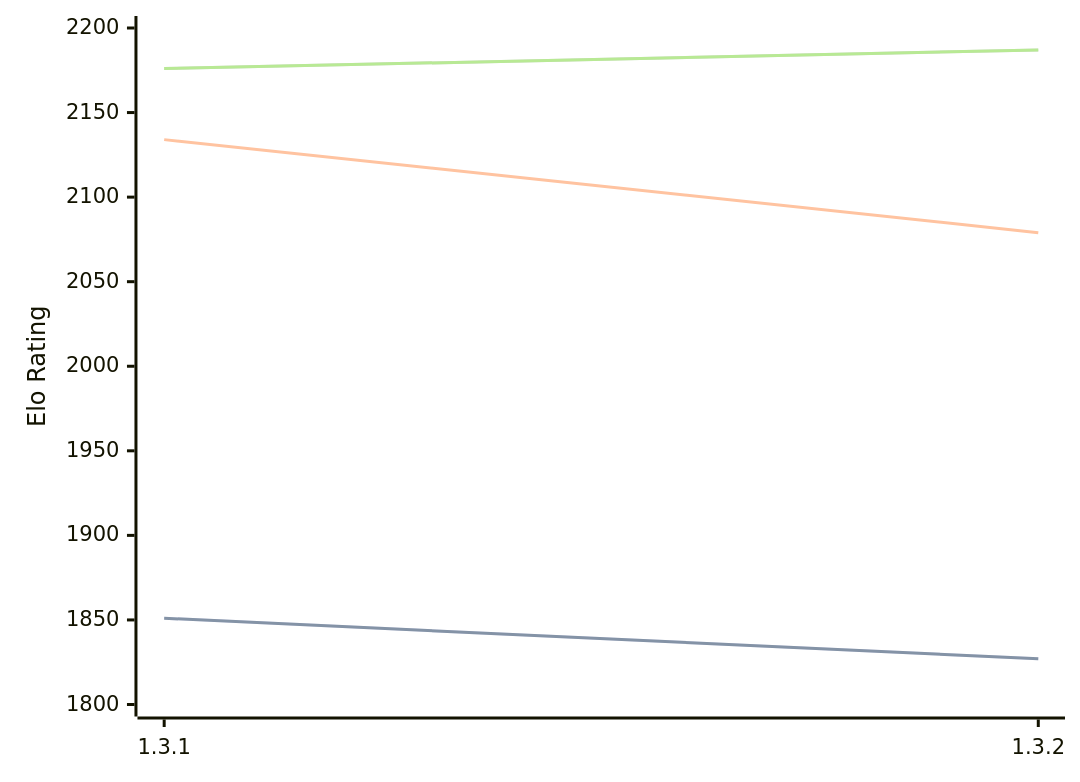
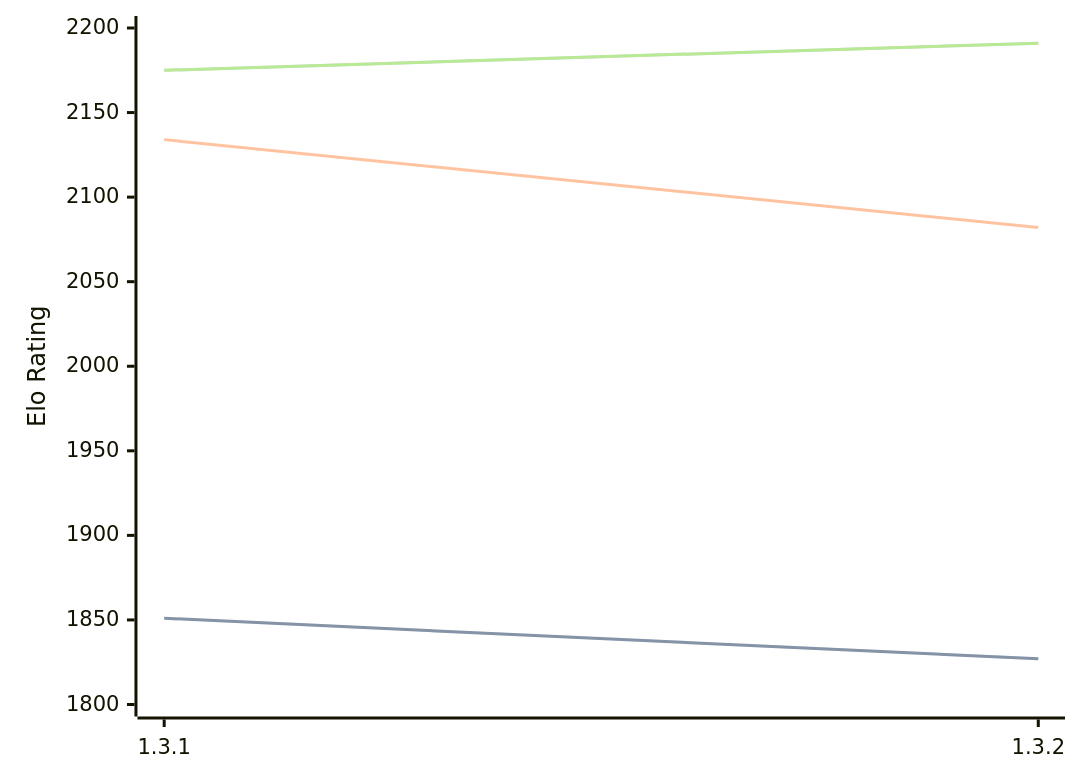
The third of 3 diagrams in engines/Zugblitz.md (computer-chess-index/cci), drawn with Mermaid before and after one commit. The commit also changed other lines of this file, not shown here.

Commit message:
Update CCI Ratings (ELO VLTC) - 2026-07-12

````diff
--- a/engines/Zugblitz.md
+++ b/engines/Zugblitz.md
@@ -65,11 +65,11 @@
 ```mermaid
 %%{init: {"theme":"base","themeVariables":{"seriesColors:['#a3a3a3','#222221','#faa371']}}}%%
 xychart-beta
   x-axis ["1.3.1", "1.3.2"]
   y-axis "Elo Rating" 1800 --> 2200
   line "STC (8.0+0.08s)" [1851, 1827]
   line "STC (8.0+0.08s)" [1851, 1827]
-  line "LTC (60.0+0.60s)" [2134, 2079]
-  line "VLTC (2m24s+1.12s)" [2176, 2187]
-  line "VLTC (2m24s+1.12s)" [2176, 2187]
+  line "LTC (60.0+0.60s)" [2134, 2082]
+  line "VLTC (2m24s+1.12s)" [2175, 2191]
+  line "VLTC (2m24s+1.12s)" [2175, 2191]
 ```
````
